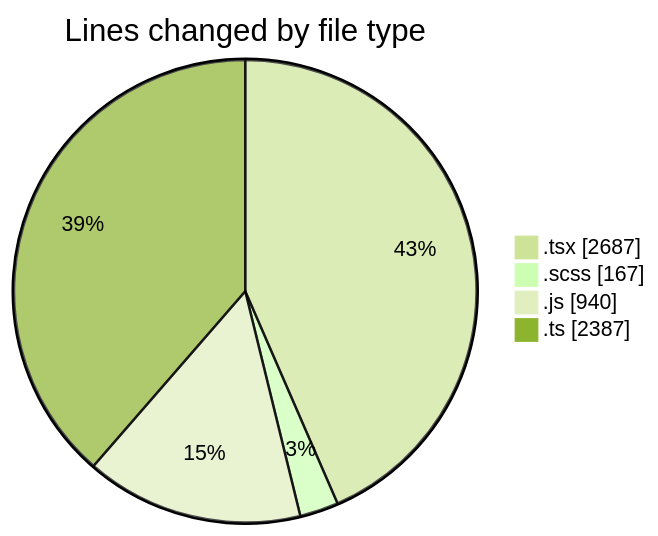
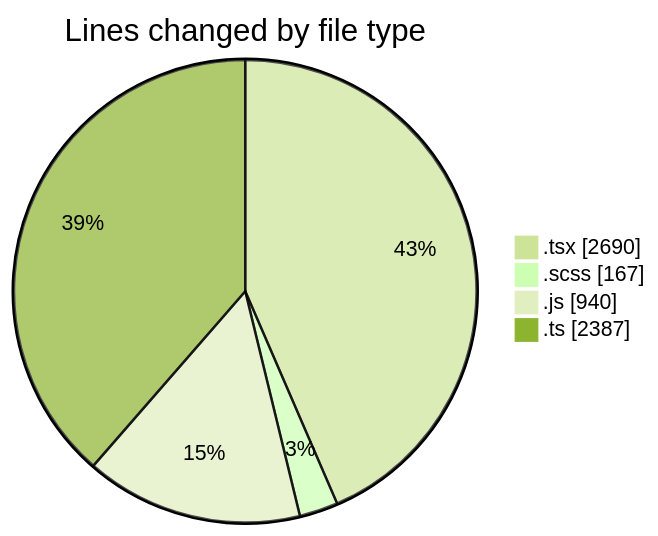
Before and after one commit to momahboobian/code-tracking: the first of 2 diagrams in 2026-07-15/cda/README.md, drawn with Mermaid (forest theme). The commit also changed other lines of this file and 1 other file, not shown here.

````diff
--- a/2026-07-15/cda/README.md
+++ b/2026-07-15/cda/README.md
@@ -51,8 +51,8 @@
 ```mermaid
 pie showData
 title Lines changed by file type
-".tsx" : 2687
+".tsx" : 2690
 ".scss" : 167
 ".js" : 940
 ".ts" : 2387
 ```
````
